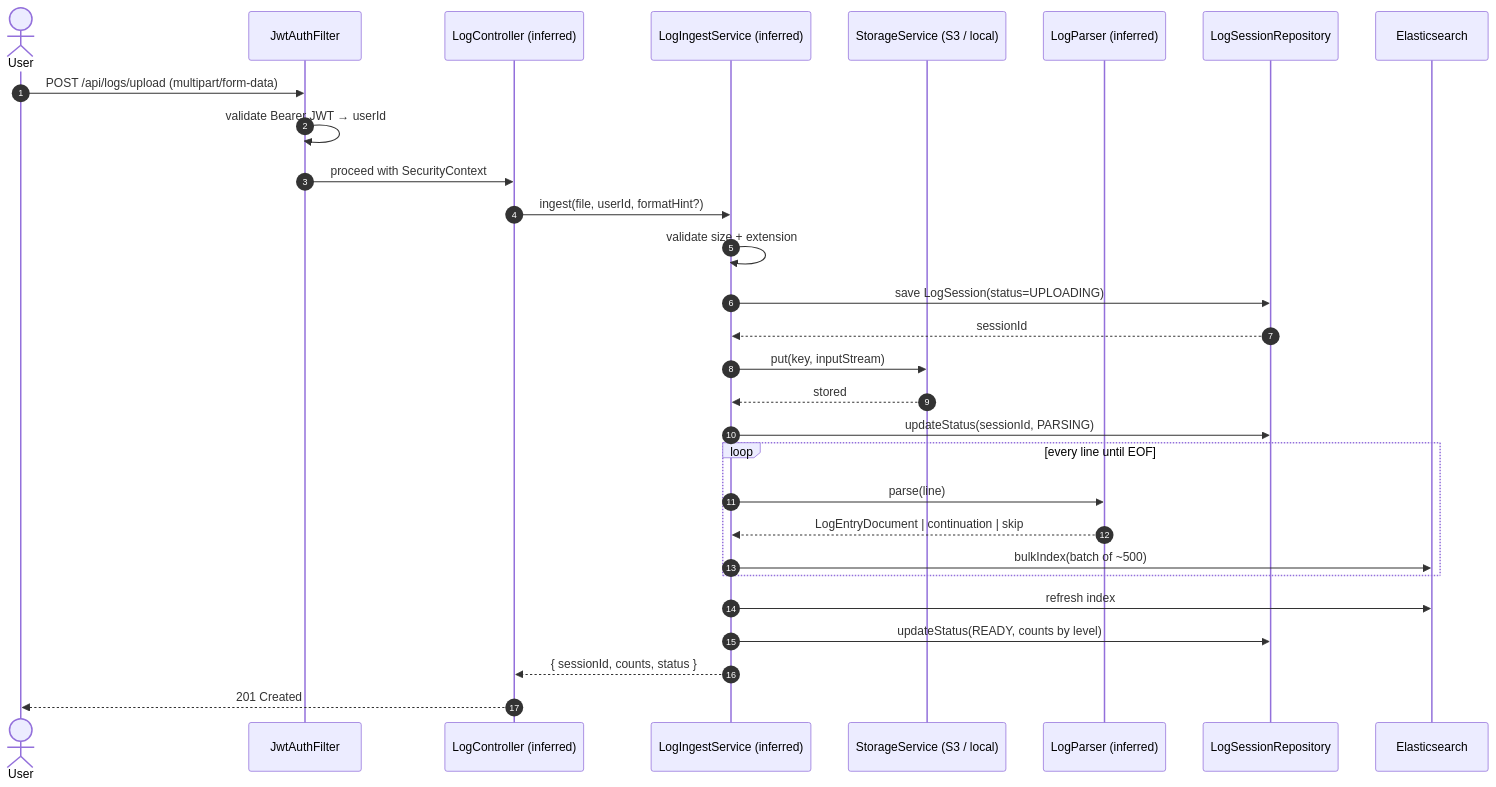
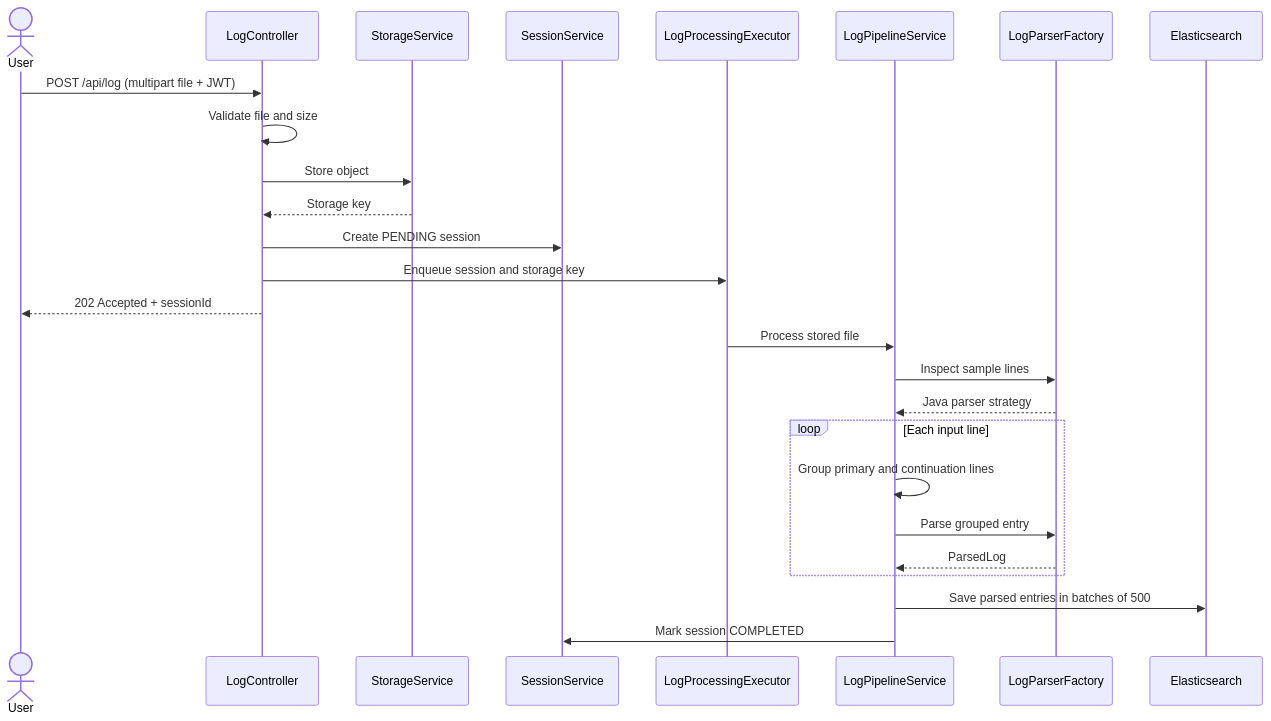
One commit to Ashutosh730/parser changed the second of 5 diagrams in README.md. Above: the diagram before and after it, drawn with Mermaid. The commit also changed other lines of this file and 1 other file, not shown here.

Commit message:
docs: add README for Log Analyzer project with detailed features and architecture

````diff
--- a/README.md
+++ b/README.md
@@ -304,37 +108,30 @@
 ```mermaid
 sequenceDiagram
-    autonumber
-    actor U as User
-    participant F as JwtAuthFilter
-    participant C as LogController (inferred)
-    participant S as LogIngestService (inferred)
-    participant ST as StorageService (S3 / local)
-    participant P as LogParser (inferred)
-    participant LSR as LogSessionRepository
+    actor User
+    participant API as LogController
+    participant Storage as StorageService
+    participant Sessions as SessionService
+    participant Queue as LogProcessingExecutor
+    participant Pipeline as LogPipelineService
+    participant Parser as LogParserFactory
     participant ES as Elasticsearch
 
-    U->>F: POST /api/logs/upload (multipart/form-data)
-    F->>F: validate Bearer JWT → userId
-    F->>C: proceed with SecurityContext
+    User->>API: POST /api/log (multipart file + JWT)
+    API->>API: Validate file and size
+    API->>Storage: Store object
+    Storage-->>API: Storage key
+    API->>Sessions: Create PENDING session
+    API->>Queue: Enqueue session and storage key
+    API-->>User: 202 Accepted + sessionId
 
-    C->>S: ingest(file, userId, formatHint?)
-    S->>S: validate size + extension
-    S->>LSR: save LogSession(status=UPLOADING)
-    LSR-->>S: sessionId
-
-    S->>ST: put(key, inputStream)
-    ST-->>S: stored
-
-    S->>LSR: updateStatus(sessionId, PARSING)
-
-    loop every line until EOF
-        S->>P: parse(line)
-        P-->>S: LogEntryDocument | continuation | skip
-        S->>ES: bulkIndex(batch of ~500)
+    Queue->>Pipeline: Process stored file
+    Pipeline->>Parser: Inspect sample lines
+    Parser-->>Pipeline: Java parser strategy
+    loop Each input line
+        Pipeline->>Pipeline: Group primary and continuation lines
+        Pipeline->>Parser: Parse grouped entry
+        Parser-->>Pipeline: ParsedLog
     end
-
-    S->>ES: refresh index
-    S->>LSR: updateStatus(READY, counts by level)
-    S-->>C: { sessionId, counts, status }
-    C-->>U: 201 Created
+    Pipeline->>ES: Save parsed entries in batches of 500
+    Pipeline->>Sessions: Mark session COMPLETED
 ```
````
